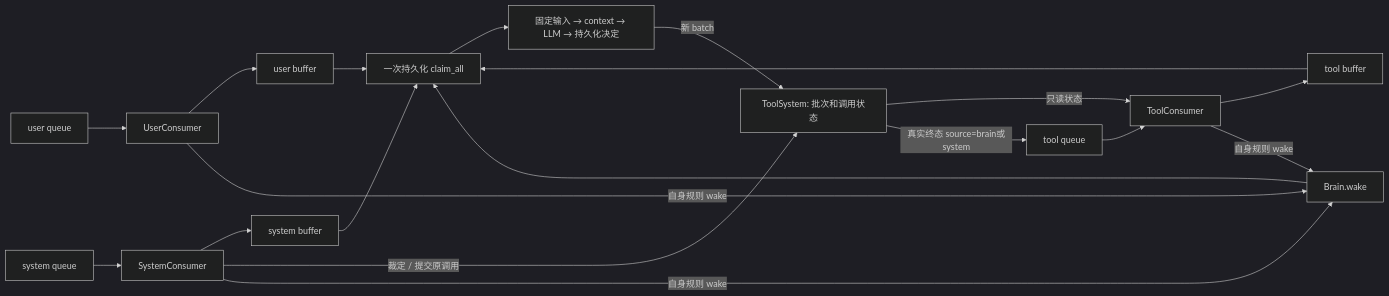
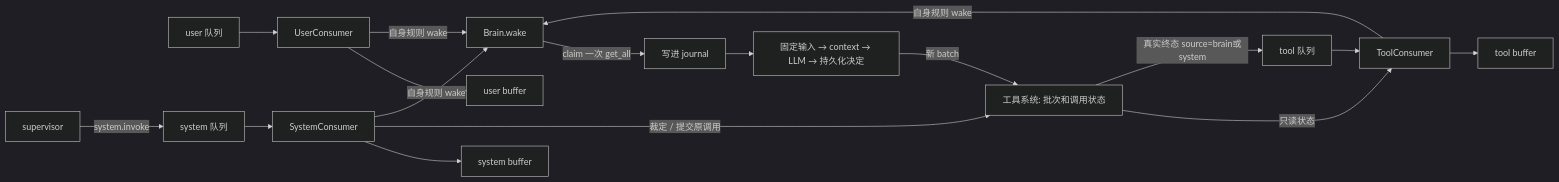
Before and after one commit to HymioSpace/Oath: the first of 2 diagrams in spec/feature-intake.md, drawn with Mermaid (dark theme). The commit also changed other lines of this file and 14 other files, not shown here.

````diff
--- a/spec/feature-intake.md
+++ b/spec/feature-intake.md
@@ -14,17 +14,16 @@
 ```mermaid
 flowchart LR
-    UQ[user queue] --> UC[UserConsumer] --> UB[user buffer]
-    TQ[tool queue] --> TC[ToolConsumer] --> TB[tool buffer]
-    SQ[system queue] --> SC[SystemConsumer] --> SB[system buffer]
-    TS[ToolSystem: 批次和调用状态] -->|只读状态| TC
+    UQ[user 队列] --> UC[UserConsumer] --> UB[user buffer]
+    TQ[tool 队列] --> TC[ToolConsumer] --> TB[tool buffer]
+    SQ[system 队列] --> SC[SystemConsumer] --> SB[system buffer]
+    TS[工具系统: 批次和调用状态] -->|只读状态| TC
     SC -->|裁定 / 提交原调用| TS
     TS -->|真实终态 source=brain或system| TQ
+    S[supervisor] -->|system.invoke| SQ
     UC -->|自身规则 wake| B[Brain.wake]
     TC -->|自身规则 wake| B
     SC -->|自身规则 wake| B
-    UB --> D[一次持久化 claim_all]
-    TB --> D
-    SB --> D
-    B --> D --> Step[固定输入 → context → LLM → 持久化决定]
+    B -->|claim 一次 get_all| D[写进 journal]
+    D --> Step[固定输入 → context → LLM → 持久化决定]
     Step -->|新 batch| TS
 ```
````
